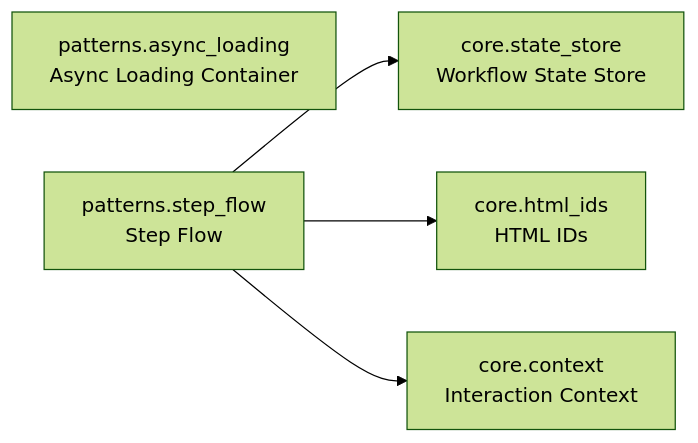
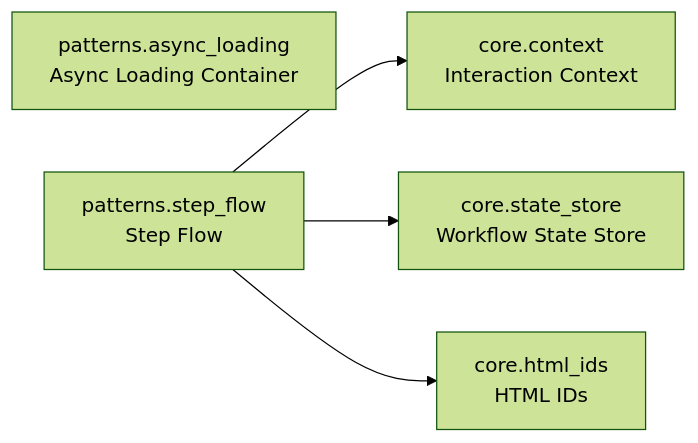
Before and after one commit to cj-mills/cjm-fasthtml-interactions: the diagram in README.md, drawn with Mermaid (forest theme). The commit also changed other lines of this file and 6 other files, not shown here.

Commit message:
Migrate StepFlow nav buttons and step_flow_demo Start Over CTA to V1 surface-scoped roles.

````diff
--- a/README.md
+++ b/README.md
@@ -27,12 +27,12 @@
 ``` mermaid
 graph LR
     core_context[core.context<br/>Interaction Context]
     core_html_ids[core.html_ids<br/>HTML IDs]
     core_state_store[core.state_store<br/>Workflow State Store]
     patterns_async_loading[patterns.async_loading<br/>Async Loading Container]
     patterns_step_flow[patterns.step_flow<br/>Step Flow]
 
+    patterns_step_flow --> core_context
     patterns_step_flow --> core_state_store
     patterns_step_flow --> core_html_ids
-    patterns_step_flow --> core_context
 ```
````
